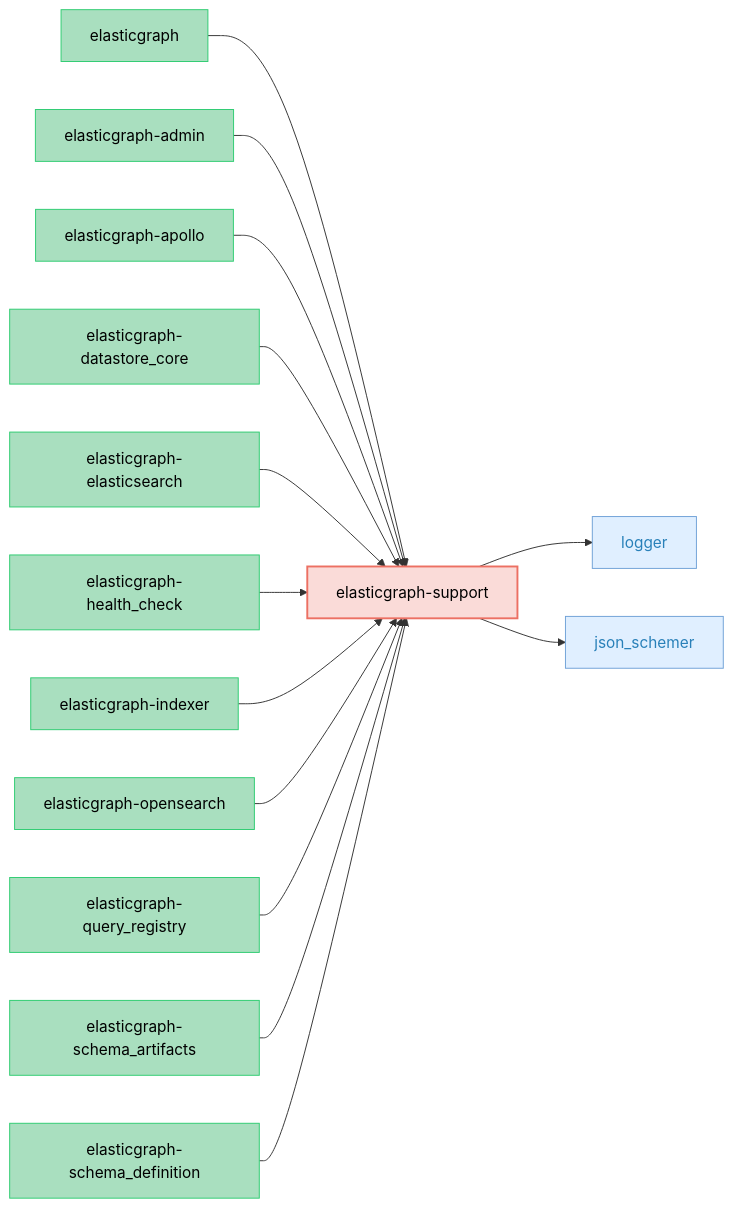
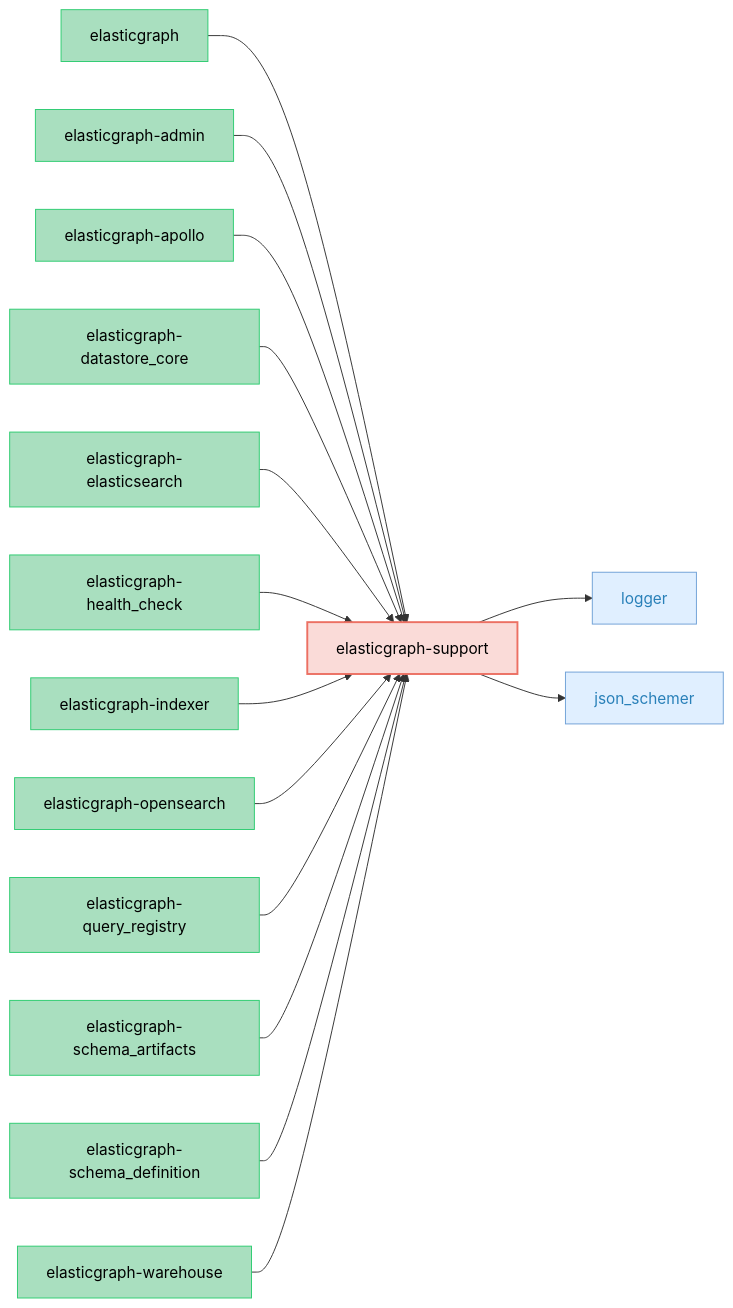
Before and after one commit to ciaran51/elasticgraph: the diagram in elasticgraph-support/README.md, drawn with Mermaid. The commit also changed 38 other files, not shown here.

````diff
--- a/elasticgraph-support/README.md
+++ b/elasticgraph-support/README.md
@@ -14,49 +14,52 @@
 ```mermaid
 graph LR;
     classDef targetGemStyle fill:#FADBD8,stroke:#EC7063,color:#000,stroke-width:2px;
     classDef otherEgGemStyle fill:#A9DFBF,stroke:#2ECC71,color:#000;
     classDef externalGemStyle fill:#E0EFFF,stroke:#70A1D7,color:#2980B9;
     elasticgraph-support["elasticgraph-support"];
     class elasticgraph-support targetGemStyle;
     logger["logger"];
     elasticgraph-support --> logger;
     class logger externalGemStyle;
     json_schemer["json_schemer"];
     elasticgraph-support --> json_schemer;
     class json_schemer externalGemStyle;
     elasticgraph["elasticgraph"];
     elasticgraph --> elasticgraph-support;
     class elasticgraph otherEgGemStyle;
     elasticgraph-admin["elasticgraph-admin"];
     elasticgraph-admin --> elasticgraph-support;
     class elasticgraph-admin otherEgGemStyle;
     elasticgraph-apollo["elasticgraph-apollo"];
     elasticgraph-apollo --> elasticgraph-support;
     class elasticgraph-apollo otherEgGemStyle;
     elasticgraph-datastore_core["elasticgraph-datastore_core"];
     elasticgraph-datastore_core --> elasticgraph-support;
     class elasticgraph-datastore_core otherEgGemStyle;
     elasticgraph-elasticsearch["elasticgraph-elasticsearch"];
     elasticgraph-elasticsearch --> elasticgraph-support;
     class elasticgraph-elasticsearch otherEgGemStyle;
     elasticgraph-health_check["elasticgraph-health_check"];
     elasticgraph-health_check --> elasticgraph-support;
     class elasticgraph-health_check otherEgGemStyle;
     elasticgraph-indexer["elasticgraph-indexer"];
     elasticgraph-indexer --> elasticgraph-support;
     class elasticgraph-indexer otherEgGemStyle;
     elasticgraph-opensearch["elasticgraph-opensearch"];
     elasticgraph-opensearch --> elasticgraph-support;
     class elasticgraph-opensearch otherEgGemStyle;
     elasticgraph-query_registry["elasticgraph-query_registry"];
     elasticgraph-query_registry --> elasticgraph-support;
     class elasticgraph-query_registry otherEgGemStyle;
     elasticgraph-schema_artifacts["elasticgraph-schema_artifacts"];
     elasticgraph-schema_artifacts --> elasticgraph-support;
     class elasticgraph-schema_artifacts otherEgGemStyle;
     elasticgraph-schema_definition["elasticgraph-schema_definition"];
     elasticgraph-schema_definition --> elasticgraph-support;
     class elasticgraph-schema_definition otherEgGemStyle;
+    elasticgraph-warehouse["elasticgraph-warehouse"];
+    elasticgraph-warehouse --> elasticgraph-support;
+    class elasticgraph-warehouse otherEgGemStyle;
     click logger href "https://rubygems.org/gems/logger" "Open on RubyGems.org" _blank;
     click json_schemer href "https://rubygems.org/gems/json_schemer" "Open on RubyGems.org" _blank;
 ```
````
